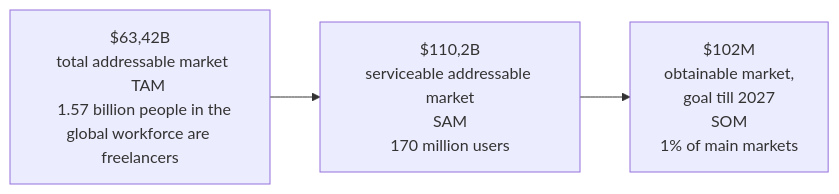
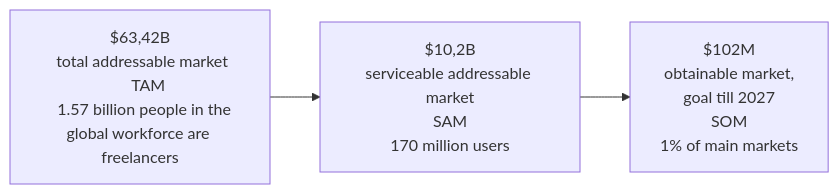
The third of 4 diagrams in pres.md (galichy79/Bot_presentation), drawn with Mermaid before and after one commit. The commit also changed 4 other files, not shown here.

````diff
--- a/pres.md
+++ b/pres.md
@@ -49,15 +49,15 @@
 ```mermaid
 graph LR
  Square[$63,42B
   total addressable market 
     TAM
-   1.57 billion people in the global workforce are freelancers] --> Square2[$110,2B
+   1.57 billion people in the global workforce are freelancers] --> Square2[$10,2B
 serviceable addressable market
 SAM
 170 million users] --> som[$102M
   obtainable market,
 goal till 2027
 SOM
 1% of main markets]
  
 ```
````
